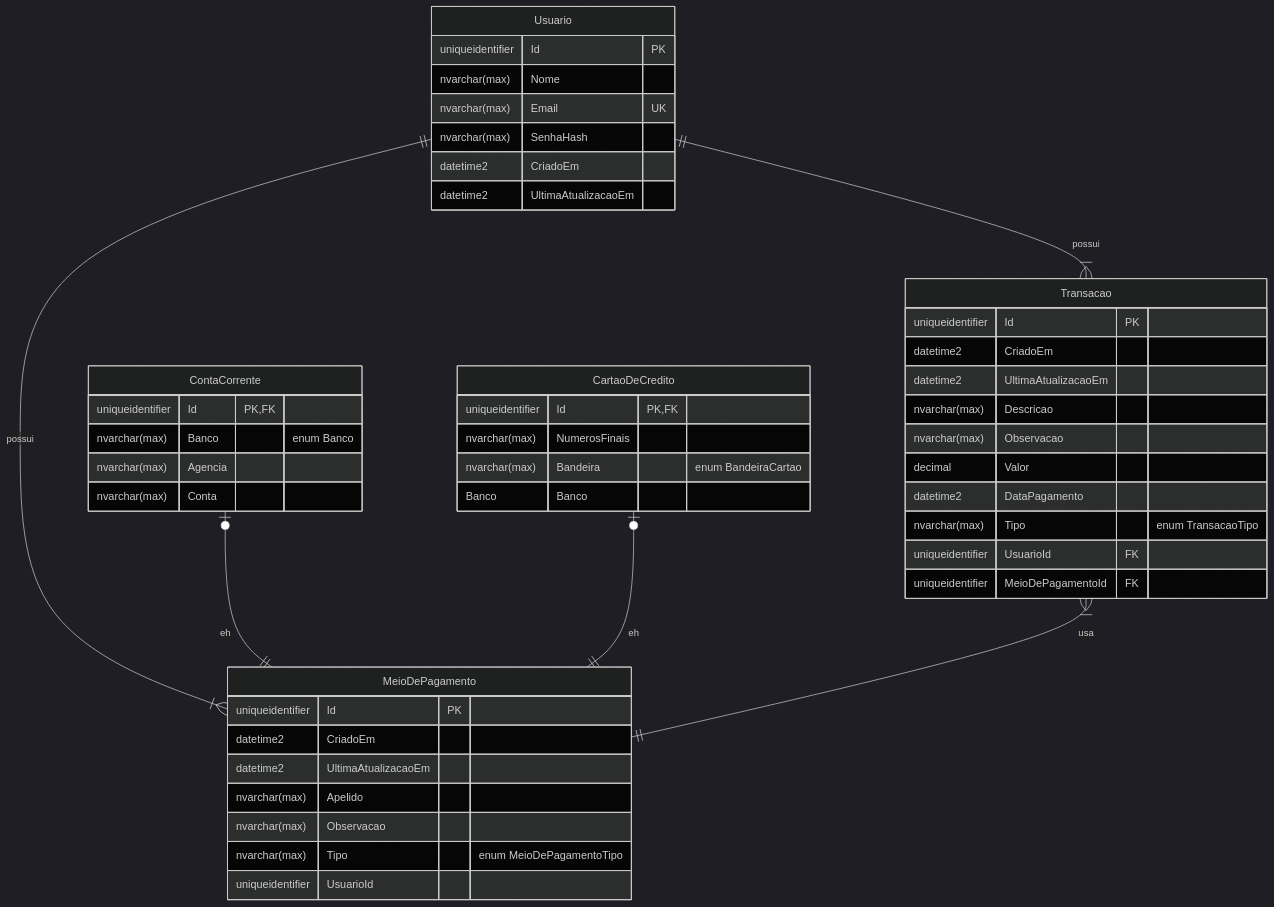
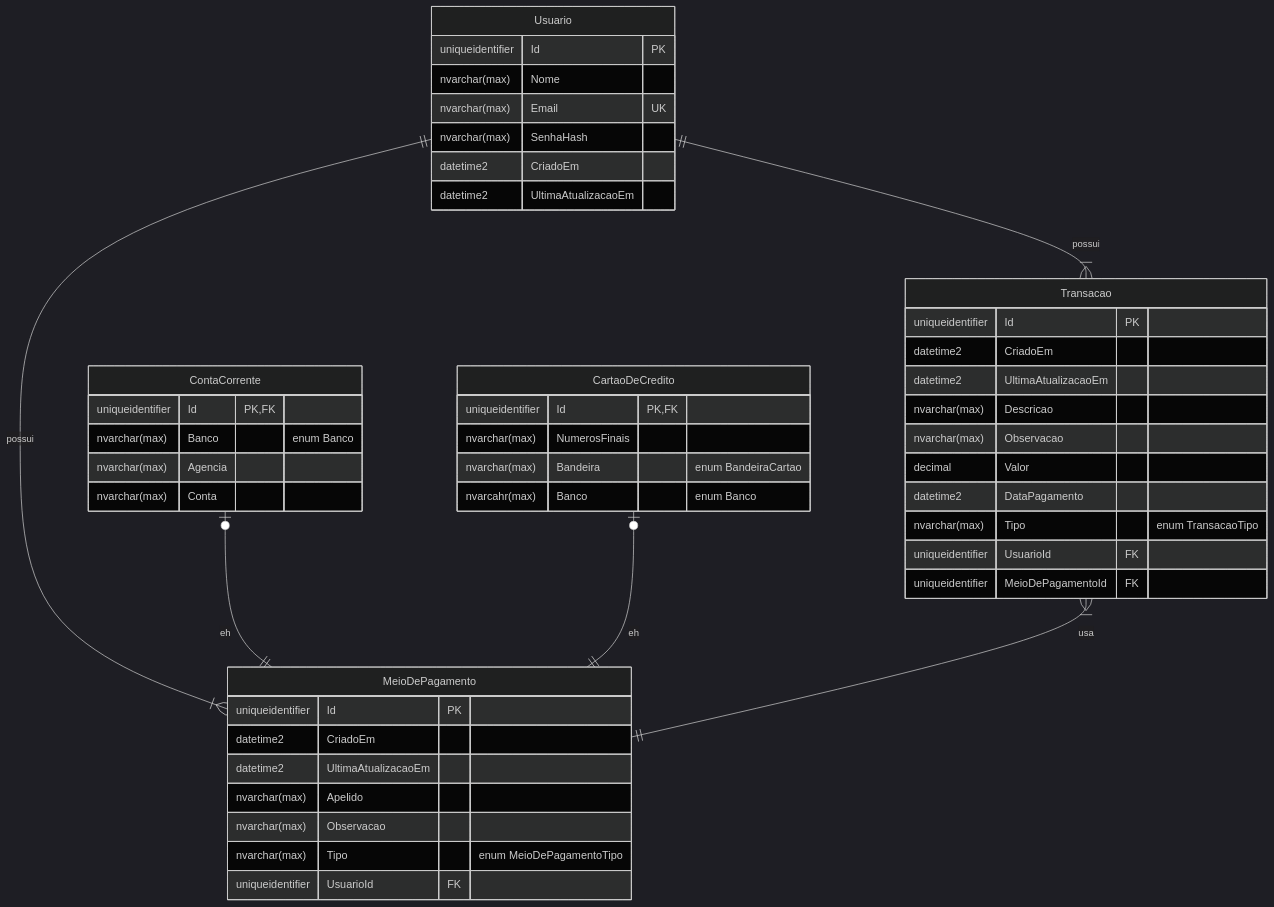
The fourth of 4 diagrams in README.md (gbLw1/MyCoreBanking), drawn with Mermaid (dark theme) before and after one commit.

Commit message:
docs: correção diagrama entidade-relacionamento
Adicionado marcação de FK que faltava na tabela MeioDePagamento
(UsuarioId).

Alterado tipo "Banco" para nvarchar(max) na tabela CartaoDeCredito e
adicionado um comentário informando que o campo é um enum.

````diff
--- a/README.md
+++ b/README.md
@@ -216,55 +216,55 @@
 ```mermaid
 erDiagram
 
 ContaCorrente{
     uniqueidentifier Id PK, FK
     nvarchar(max) Banco "enum Banco"
     nvarchar(max) Agencia
     nvarchar(max) Conta
 }
 
 MeioDePagamento{
     uniqueidentifier Id PK
     datetime2 CriadoEm
     datetime2 UltimaAtualizacaoEm
     nvarchar(max) Apelido
     nvarchar(max) Observacao
     nvarchar(max) Tipo "enum MeioDePagamentoTipo"
-    uniqueidentifier UsuarioId
+    uniqueidentifier UsuarioId FK
 }
 
 CartaoDeCredito{
     uniqueidentifier Id PK, FK
     nvarchar(max) NumerosFinais
     nvarchar(max) Bandeira "enum BandeiraCartao"
-    Banco Banco
+    nvarcahr(max) Banco "enum Banco"
 }
 
 Usuario{
     uniqueidentifier Id PK
     nvarchar(max) Nome
     nvarchar(max) Email UK
     nvarchar(max) SenhaHash
     datetime2 CriadoEm
     datetime2 UltimaAtualizacaoEm
 }
 
 Transacao{
     uniqueidentifier Id PK
     datetime2 CriadoEm
     datetime2 UltimaAtualizacaoEm
     nvarchar(max) Descricao
     nvarchar(max) Observacao
     decimal Valor
     datetime2 DataPagamento
     nvarchar(max) Tipo "enum TransacaoTipo"
     uniqueidentifier UsuarioId FK
     uniqueidentifier MeioDePagamentoId FK    
 }
 
 Usuario ||--|{ MeioDePagamento : possui
 Usuario ||--|{ Transacao : possui
 ContaCorrente |o--|| MeioDePagamento : eh
 CartaoDeCredito |o--|| MeioDePagamento : eh
 Transacao }|--|| MeioDePagamento : usa
 ```
````
